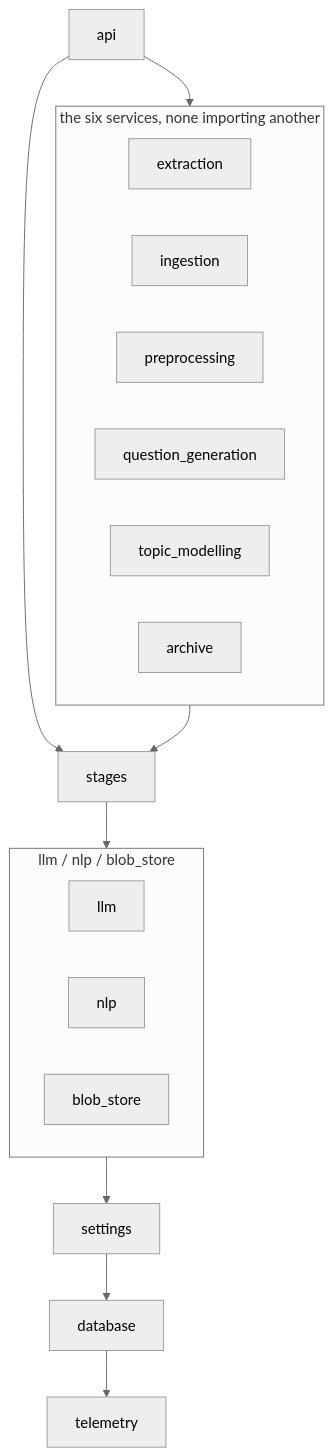
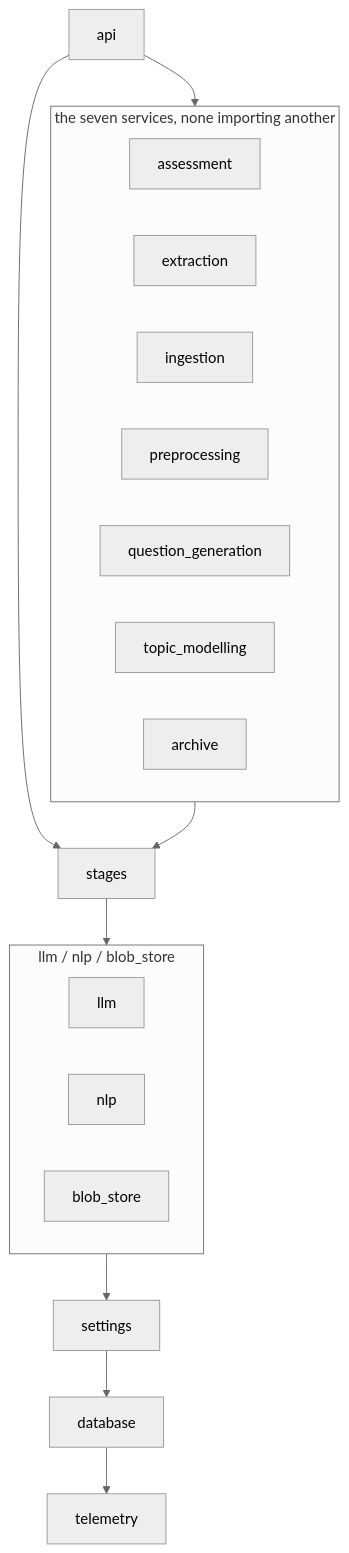
The third of 4 diagrams in docs/architecture.md (hazemkhaled-94/qa_generator), drawn with Mermaid (neutral theme) before and after one commit. The commit also changed other lines of this file and 58 other files, not shown here.

````diff
--- a/docs/architecture.md
+++ b/docs/architecture.md
@@ -87,25 +99,26 @@
 ```mermaid
 flowchart TD
     api --> stages
-    subgraph services [the six services, none importing another]
+    subgraph services [the seven services, none importing another]
         direction LR
+        assessment
         extraction
         ingestion
         preprocessing
         question_generation
         topic_modelling
         archive
     end
     api --> services
     services --> stages
     stages --> shared
     subgraph shared [llm / nlp / blob_store]
         direction LR
         llm
         nlp
         blob_store
     end
     shared --> settings
     settings --> database
     database --> telemetry
 ```
````
